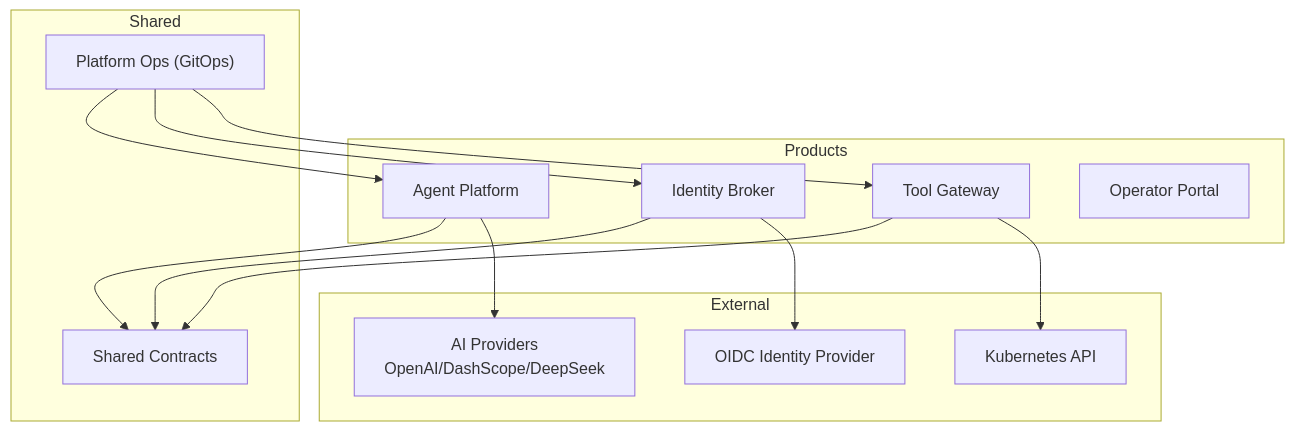
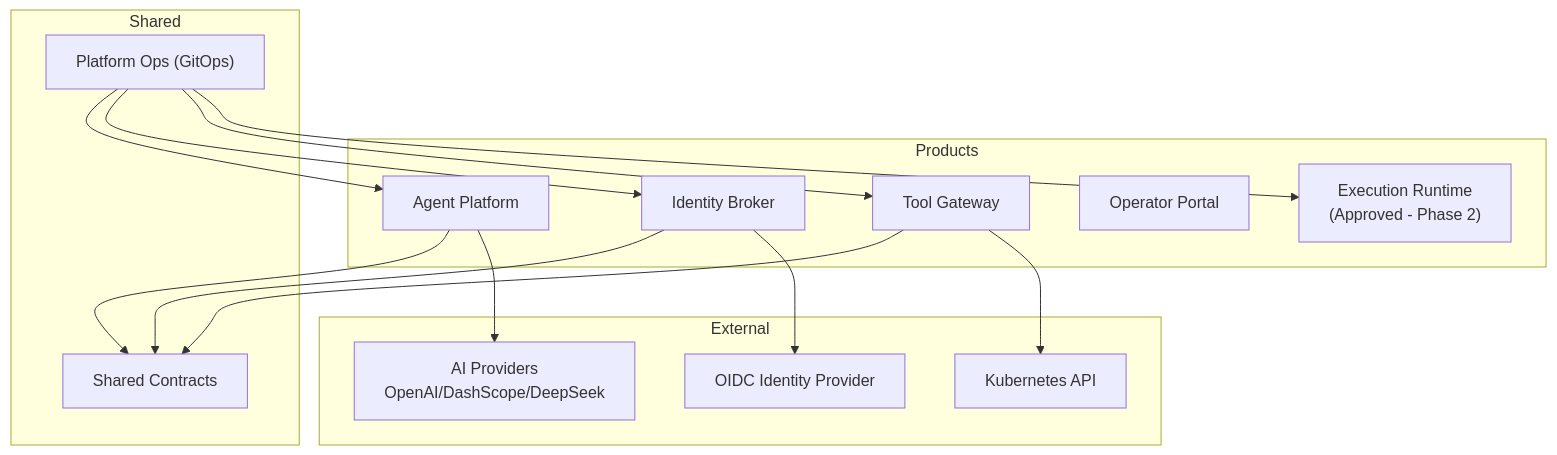
The first of 8 diagrams in .qoder/repowiki/en/content/Project Overview.md (metasync/luban-aiops), drawn with Mermaid before and after one commit. The commit also changed other lines of this file and 5 other files, not shown here.

````diff
--- a/.qoder/repowiki/en/content/Project Overview.md
+++ b/.qoder/repowiki/en/content/Project Overview.md
@@ -89,27 +95,29 @@
 ```mermaid
 graph TB
 subgraph "Products"
 AP["Agent Platform"]
 IB["Identity Broker"]
 TG["Tool Gateway"]
 OP["Operator Portal"]
+ER["Execution Runtime<br/>(Approved - Phase 2)"]
 end
 subgraph "Shared"
 SC["Shared Contracts"]
 OPS["Platform Ops (GitOps)"]
 end
 subgraph "External"
 K8S["Kubernetes API"]
 AI["AI Providers<br/>OpenAI/DashScope/DeepSeek"]
 IDP["OIDC Identity Provider"]
 end
 AP --> SC
 IB --> SC
 TG --> SC
 TG --> K8S
 AP --> AI
 IB --> IDP
 OPS --> AP
 OPS --> IB
 OPS --> TG
+OPS --> ER
 ```
````
